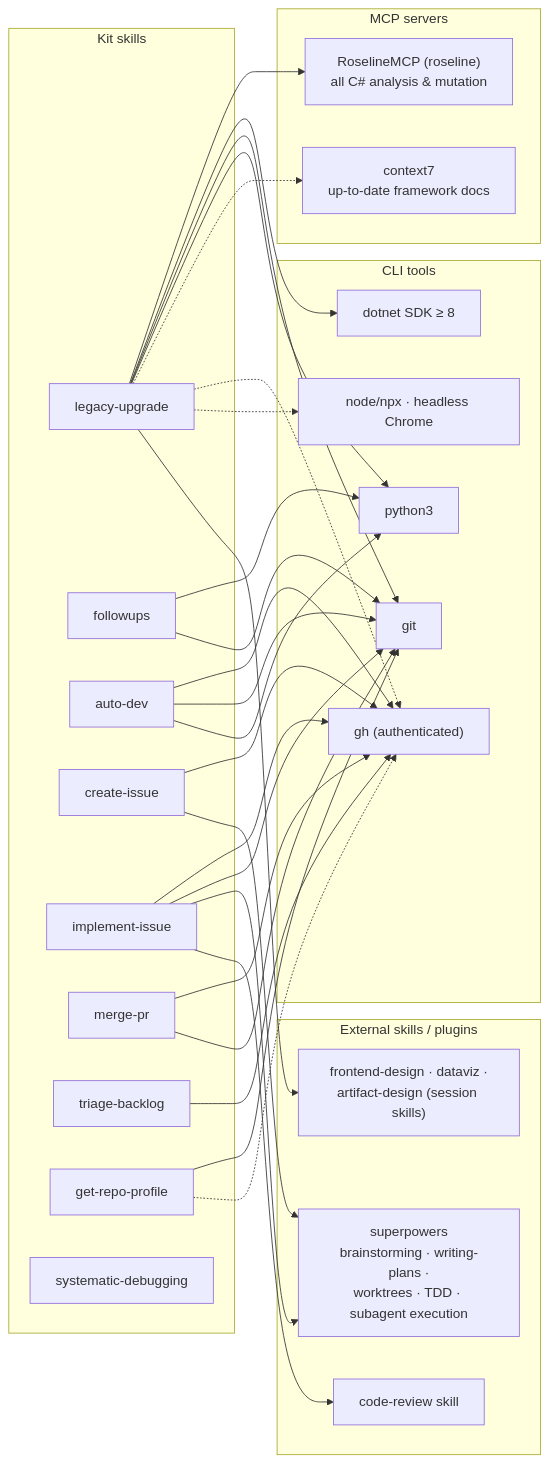
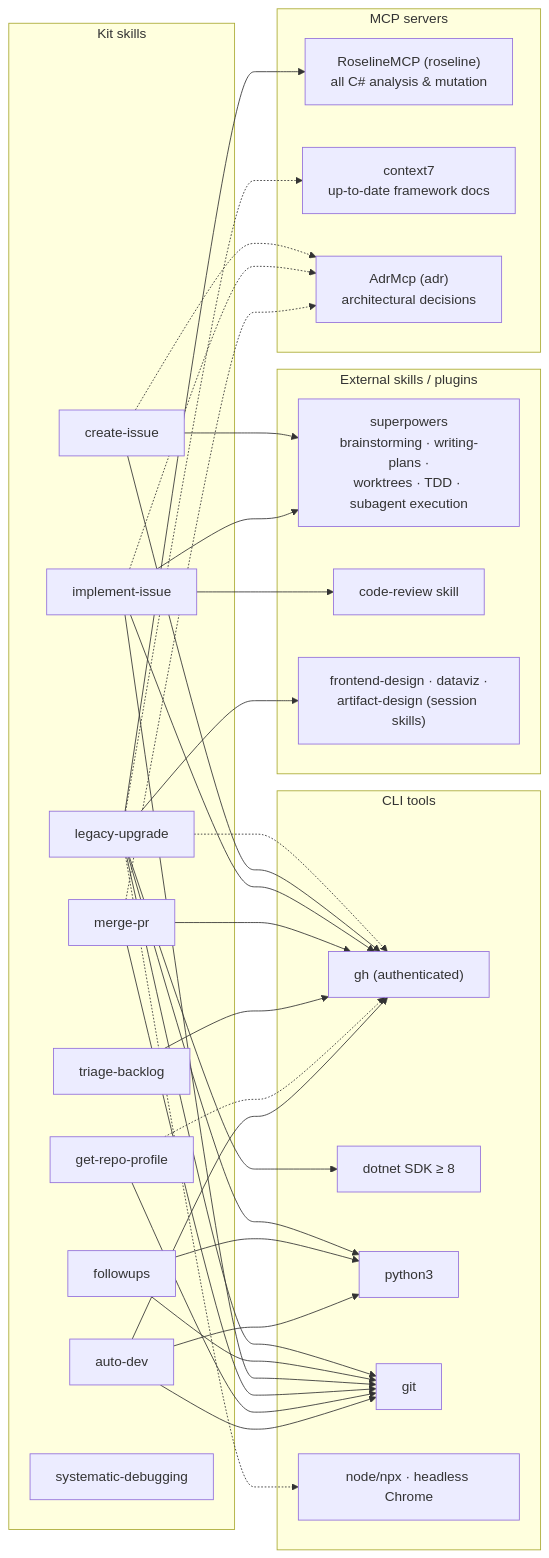
The second of 2 diagrams in ARCHITECTURE.md (phmatray/ai-migration-kit), drawn with Mermaid before and after one commit. The commit also changed other lines of this file and 25 other files, not shown here.

First line of the commit message:
feat(adr): ship AdrMcp as a recommended server and record the kit's ADRs (#316) (#340)

````diff
--- a/ARCHITECTURE.md
+++ b/ARCHITECTURE.md
@@ -87,65 +87,69 @@
 ```mermaid
 graph LR
     subgraph skills ["Kit skills"]
         LU[legacy-upgrade]
         FU[followups]
         AD[auto-dev]
         CI[create-issue]
         II[implement-issue]
         MP[merge-pr]
         TB[triage-backlog]
         RP[get-repo-profile]
         SD[systematic-debugging]
     end
 
     subgraph mcp ["MCP servers"]
         ROS["RoselineMCP (roseline)<br>all C# analysis & mutation"]
         C7["context7<br>up-to-date framework docs"]
+        ADR["AdrMcp (adr)<br>architectural decisions"]
     end
 
     subgraph ext ["External skills / plugins"]
         SP["superpowers<br>brainstorming · writing-plans ·<br>worktrees · TDD · subagent execution"]
         CR["code-review skill"]
         FD["frontend-design · dataviz ·<br>artifact-design (session skills)"]
     end
 
     subgraph tools ["CLI tools"]
         GH["gh (authenticated)"]
         DN["dotnet SDK ≥ 8"]
         PY["python3"]
         GIT["git"]
         NODE["node/npx · headless Chrome"]
     end
 
     LU --> ROS
     LU --> DN
     LU --> GIT
     LU --> PY
     LU -.-> C7
     LU -.-> GH
     LU -.-> NODE
     LU --> FD
 
     FU --> PY
     FU --> GIT
 
     CI --> GH
     CI --> SP
+    CI -.-> ADR
 
     II --> GH
     II --> GIT
     II --> SP
     II --> CR
+    II -.-> ADR
 
     MP --> GH
     MP --> GIT
+    MP -.-> ADR
 
     TB --> GH
 
     RP --> GIT
     RP -.-> GH
 
     AD --> GH
     AD --> GIT
     AD --> PY
 ```
````
